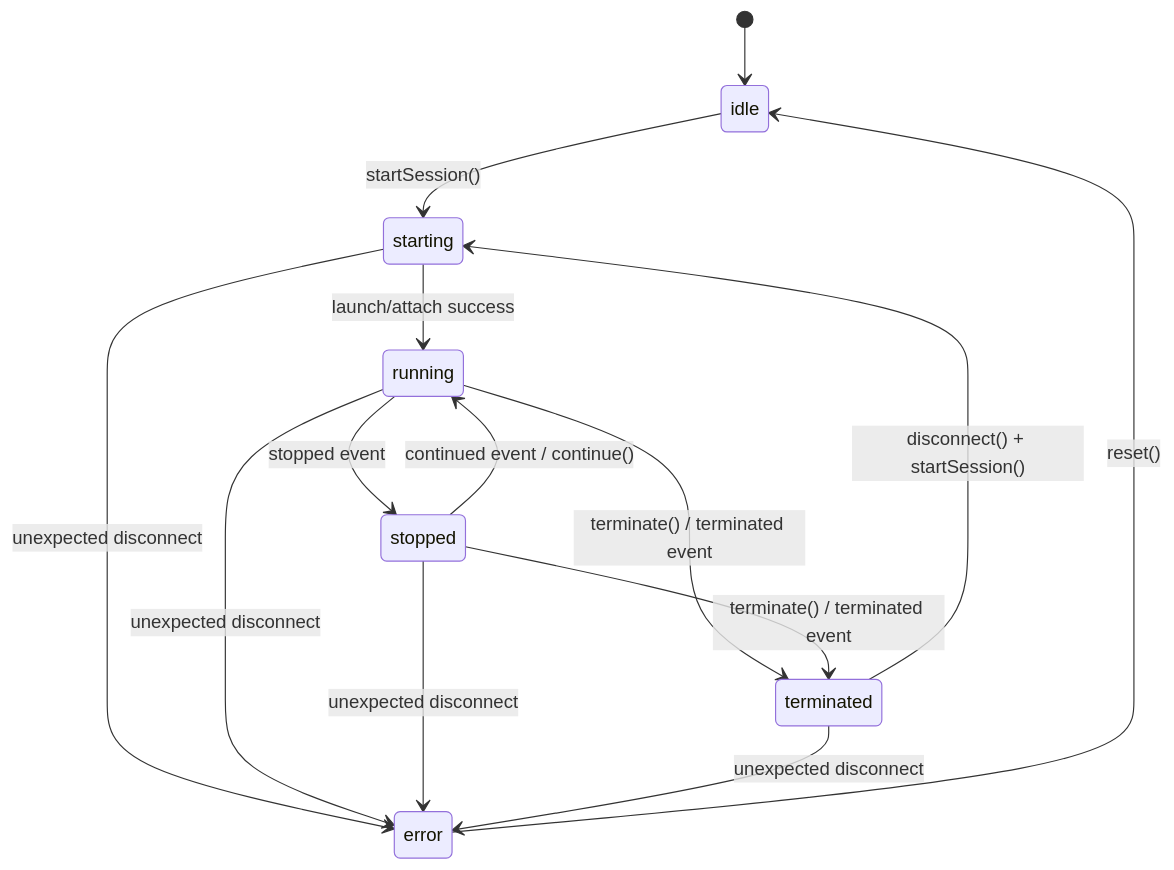
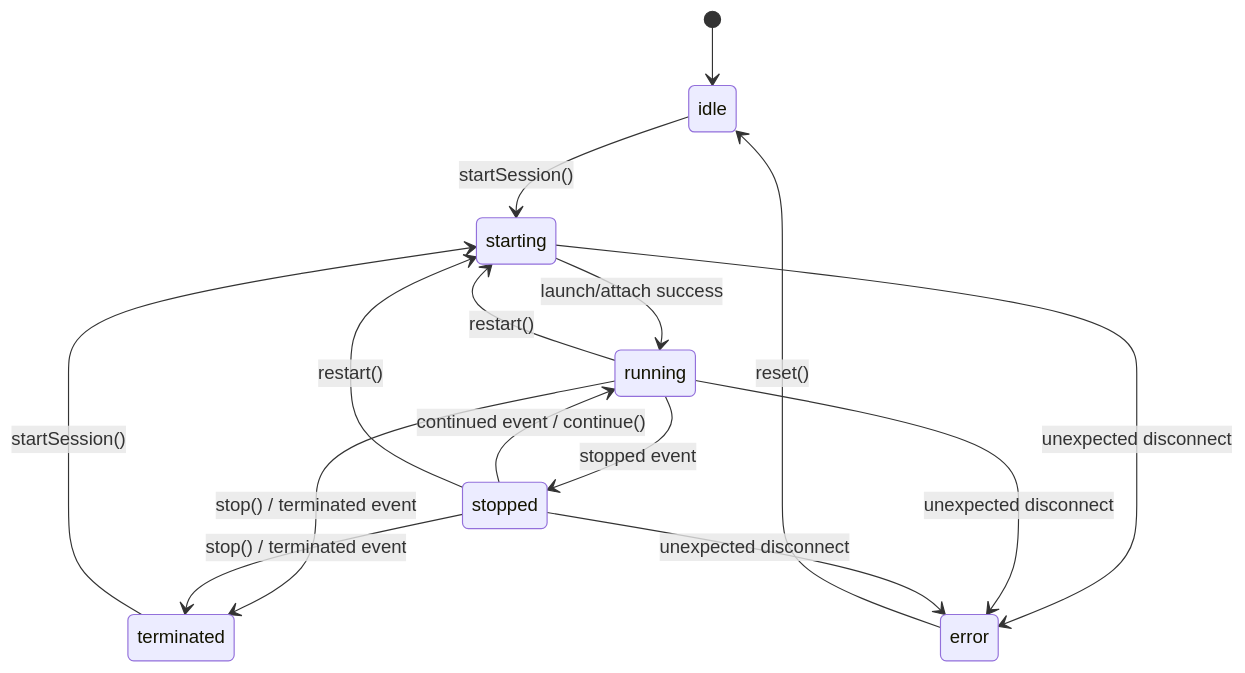
Before and after one commit to tangpo387-arch/taro-debugger: the first of 4 diagrams in docs/architecture/session-layer.md, drawn with Mermaid. The commit also changed other lines of this file and 15 other files, not shown here.

Commit message:
refactor: streamline session control flow by implementing hybrid Run/Resume logic, service-level restart/stop fallbacks, and automatic state-reset handlers.

````diff
--- a/docs/architecture/session-layer.md
+++ b/docs/architecture/session-layer.md
@@ -25,20 +25,21 @@
 ```mermaid
 stateDiagram-v2
     [*] --> idle
     idle --> starting : startSession()
     starting --> running : launch/attach success
     running --> stopped : stopped event
     stopped --> running : continued event / continue()
-    running --> terminated : terminate() / terminated event
-    stopped --> terminated : terminate() / terminated event
-    terminated --> starting : disconnect() + startSession()
+    running --> terminated : stop() / terminated event
+    stopped --> terminated : stop() / terminated event
+    running --> starting : restart()
+    stopped --> starting : restart()
+    terminated --> starting : startSession()
 
-    %% Unexpected disconnect enters error state
+    %% Unexpected disconnect enters error state (terminated is exempt — disconnect is expected)
     starting --> error : unexpected disconnect
     running --> error : unexpected disconnect
     stopped --> error : unexpected disconnect
-    terminated --> error : unexpected disconnect
 
     %% Error state handling
     error --> idle : reset()
 ```
````
